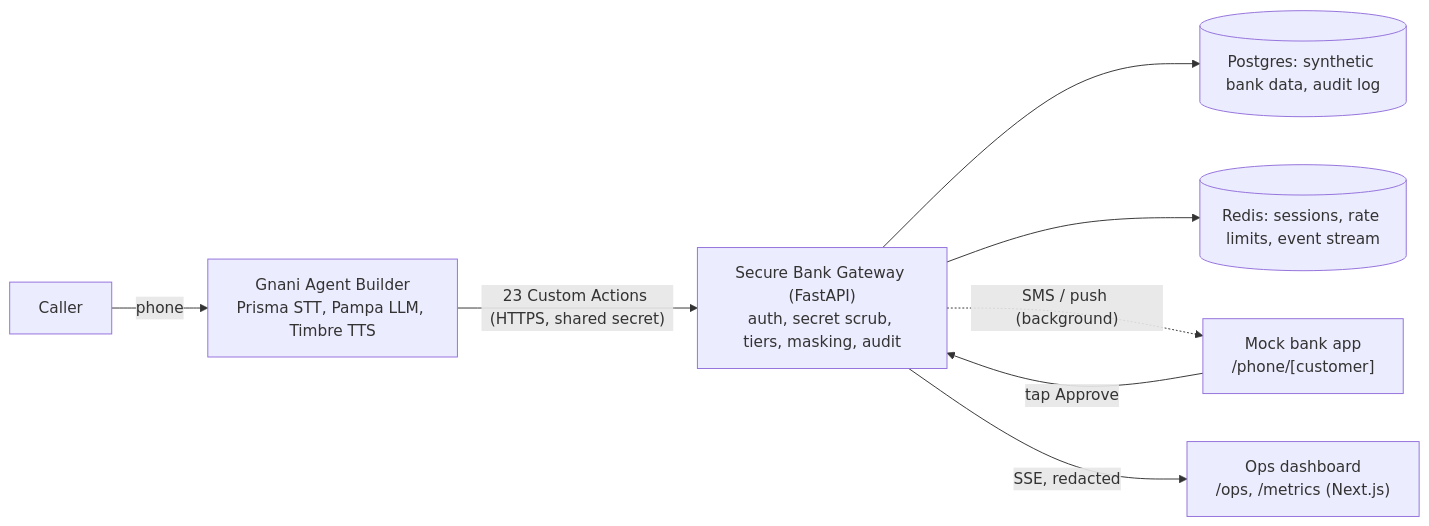
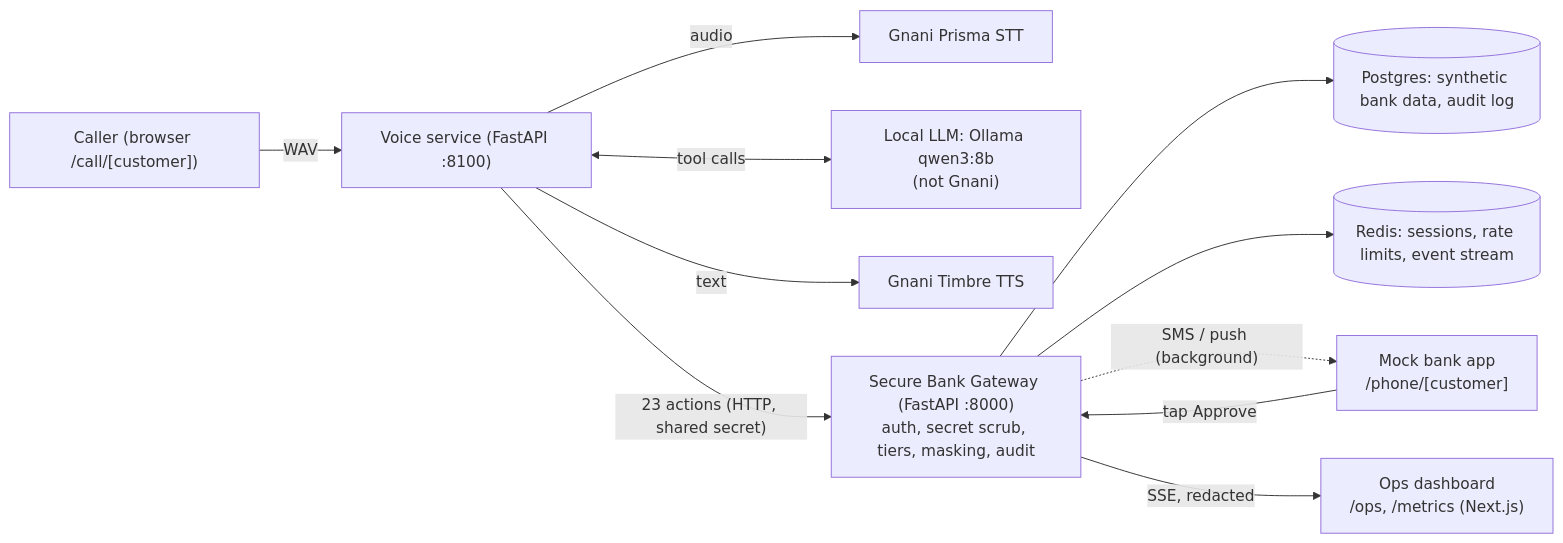
One commit to VeerbhadraMahant/loanloop changed the diagram in README.md. Above: the diagram before and after it, drawn with Mermaid. The commit also changed other lines of this file and 6 other files, not shown here.

Commit message:
Document own voice agent (Ollama LLM + Gnani speech); add start/stop scripts

````diff
--- a/README.md
+++ b/README.md
@@ -28,10 +28,13 @@
 ```mermaid
 flowchart LR
-  C[Caller] -->|phone| AB["Gnani Agent Builder<br/>Prisma STT, Pampa LLM, Timbre TTS"]
-  AB -->|"23 Custom Actions (HTTPS, shared secret)"| GW["Secure Bank Gateway (FastAPI)<br/>auth, secret scrub, tiers, masking, audit"]
+  C["Caller (browser /call/[customer])"] -->|"WAV"| VS["Voice service (FastAPI :8100)"]
+  VS -->|audio| STT["Gnani Prisma STT"]
+  VS <-->|"tool calls"| LLM["Local LLM: Ollama qwen3:8b<br/>(not Gnani)"]
+  VS -->|text| TTS["Gnani Timbre TTS"]
+  VS -->|"23 actions (HTTP, shared secret)"| GW["Secure Bank Gateway (FastAPI :8000)<br/>auth, secret scrub, tiers, masking, audit"]
   GW --> PG[(Postgres: synthetic bank data, audit log)]
   GW --> RD[(Redis: sessions, rate limits, event stream)]
   GW -.->|"SMS / push (background)"| PH["Mock bank app<br/>/phone/[customer]"]
   GW -->|SSE, redacted| OPS["Ops dashboard<br/>/ops, /metrics (Next.js)"]
   PH -->|"tap Approve"| GW
 ```
````
